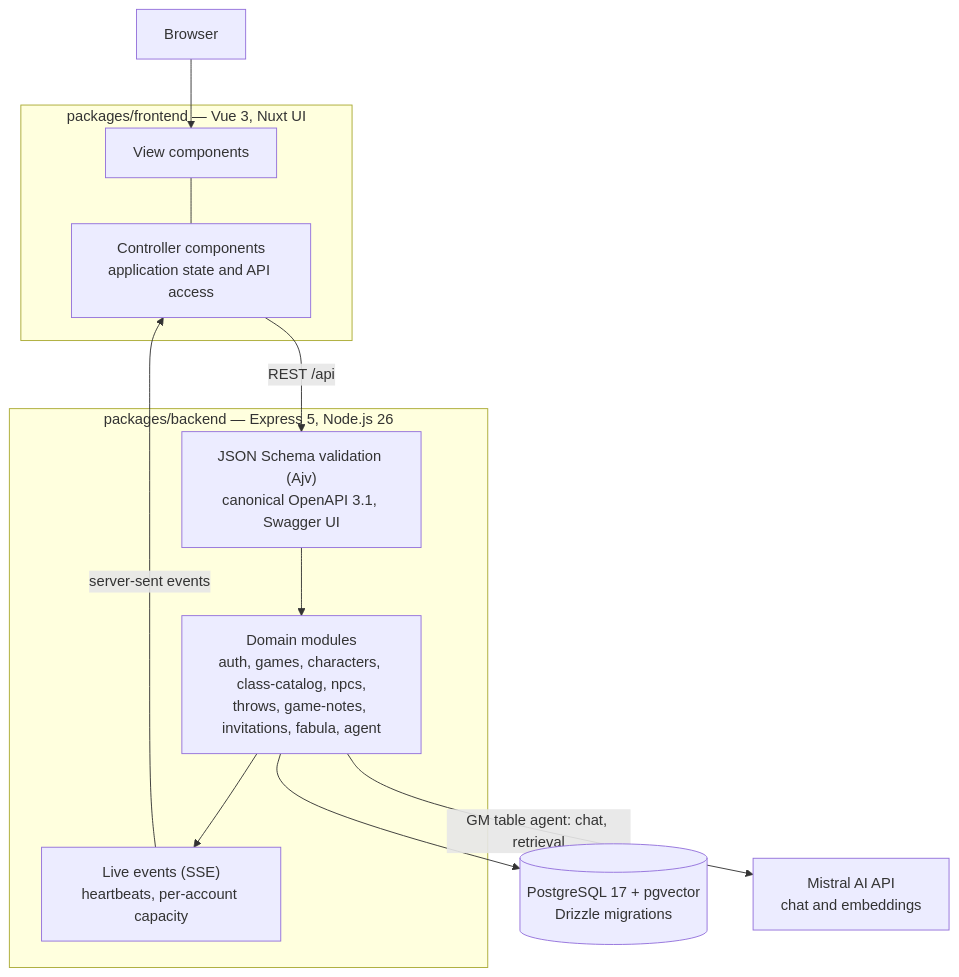
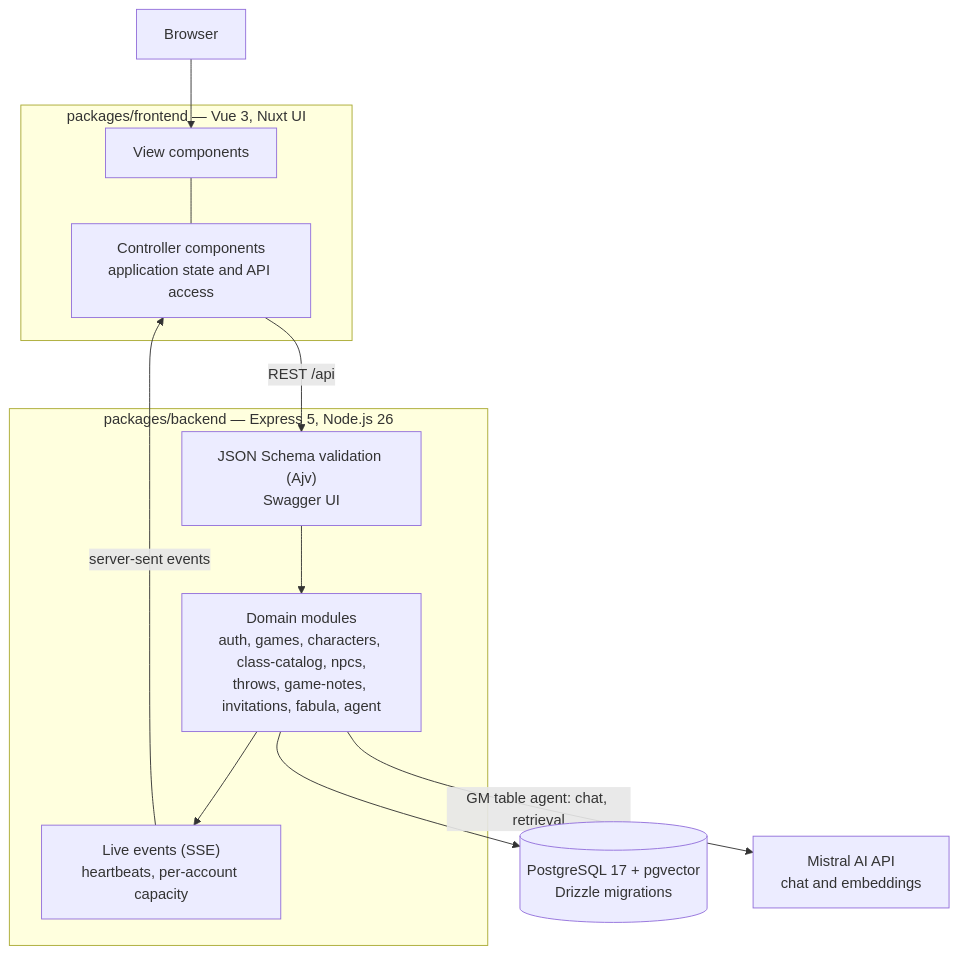
The first of 2 diagrams in README.md (Mighty683/rpg-engine), drawn with Mermaid before and after one commit. The commit also changed other lines of this file and 48 other files, not shown here.

Commit message:
Generate shared API types from a dedicated OpenAPI package

````diff
--- a/README.md
+++ b/README.md
@@ -13,27 +13,27 @@
 ```mermaid
 flowchart TB
     Browser["Browser"]
 
     subgraph FE["packages/frontend — Vue 3, Nuxt UI"]
         Views["View components"]
         Controllers["Controller components<br/>application state and API access"]
         Views --- Controllers
     end
 
     subgraph BE["packages/backend — Express 5, Node.js 26"]
-        Contracts["JSON Schema validation (Ajv)<br/>canonical OpenAPI 3.1, Swagger UI"]
+        Contracts["JSON Schema validation (Ajv)<br/>Swagger UI"]
         Modules["Domain modules<br/>auth, games, characters, class-catalog, npcs,<br/>throws, game-notes, invitations, fabula, agent"]
         SSE["Live events (SSE)<br/>heartbeats, per-account capacity"]
     end
 
     DB[("PostgreSQL 17 + pgvector<br/>Drizzle migrations")]
     Mistral["Mistral AI API<br/>chat and embeddings"]
 
     Browser --> Views
     Controllers -->|"REST /api"| Contracts
     Contracts --> Modules
     Modules --> DB
     Modules --> SSE
     SSE -->|"server-sent events"| Controllers
     Modules -->|"GM table agent: chat, retrieval"| Mistral
 ```
````
